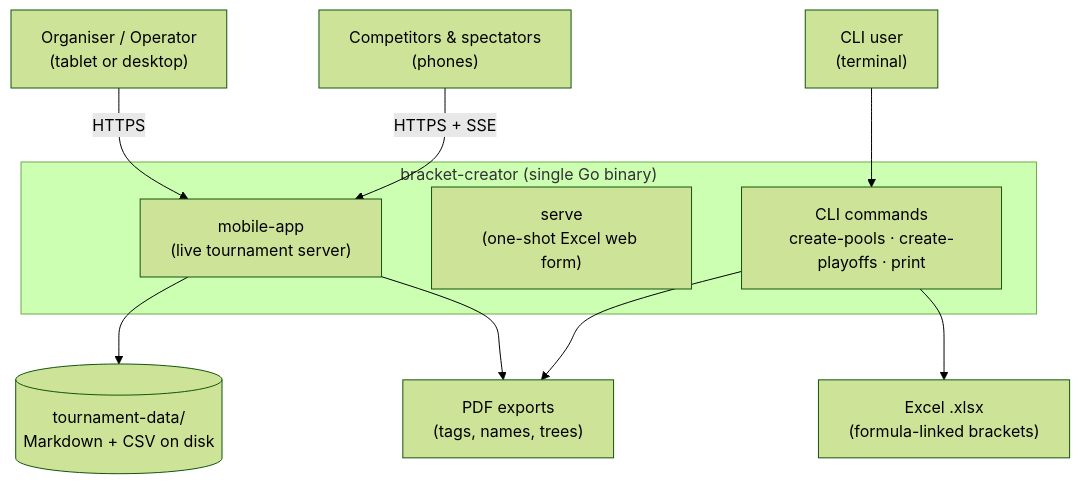
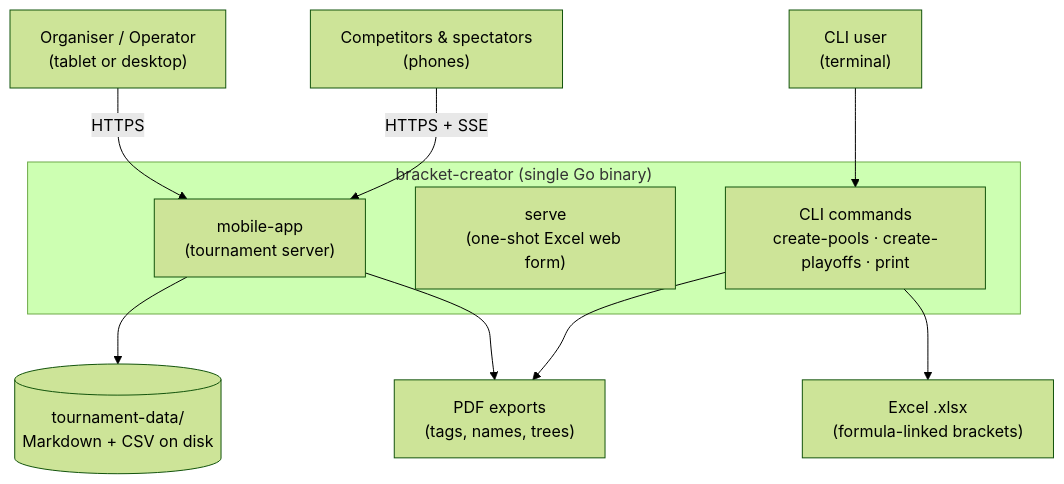
The first of 7 diagrams in docs/architecture/software-architecture.md (gitrgoliveira/bracket-creator), drawn with Mermaid (forest theme) before and after one commit. The commit also changed other lines of this file and 20 other files, not shown here.

First line of the commit message:
docs: remove the word "live" from all copy; rename run-live -> run-tournament

````diff
--- a/docs/architecture/software-architecture.md
+++ b/docs/architecture/software-architecture.md
@@ -11,23 +11,23 @@
 ```mermaid
 flowchart TB
     operator["Organiser / Operator<br/>(tablet or desktop)"]
     viewer["Competitors & spectators<br/>(phones)"]
     cli["CLI user<br/>(terminal)"]
 
     subgraph bin["bracket-creator (single Go binary)"]
         cliCmds["CLI commands<br/>create-pools · create-playoffs · print"]
         serveCmd["serve<br/>(one-shot Excel web form)"]
-        mobile["mobile-app<br/>(live tournament server)"]
+        mobile["mobile-app<br/>(tournament server)"]
     end
 
     excel["Excel .xlsx<br/>(formula-linked brackets)"]
     pdfs["PDF exports<br/>(tags, names, trees)"]
     state[("tournament-data/<br/>Markdown + CSV on disk")]
 
     cli --> cliCmds --> excel
     operator -->|HTTPS| mobile
     viewer -->|HTTPS + SSE| mobile
     mobile --> state
     mobile --> pdfs
     cliCmds --> pdfs
 ```
````
